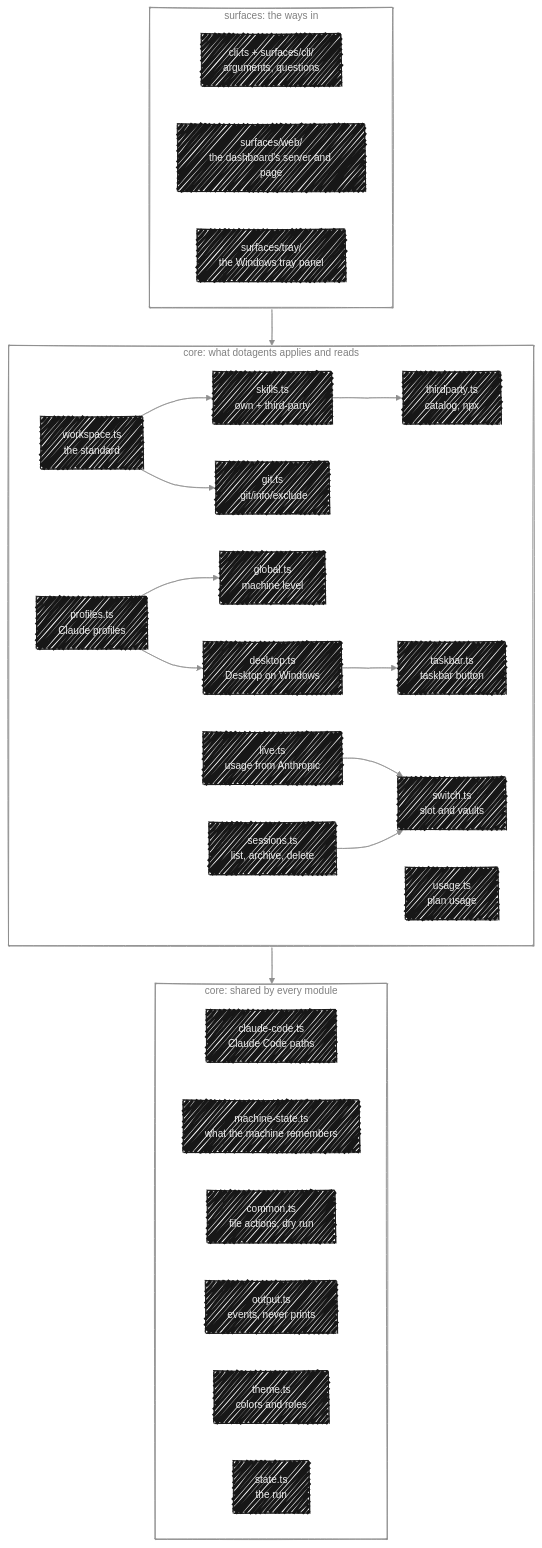
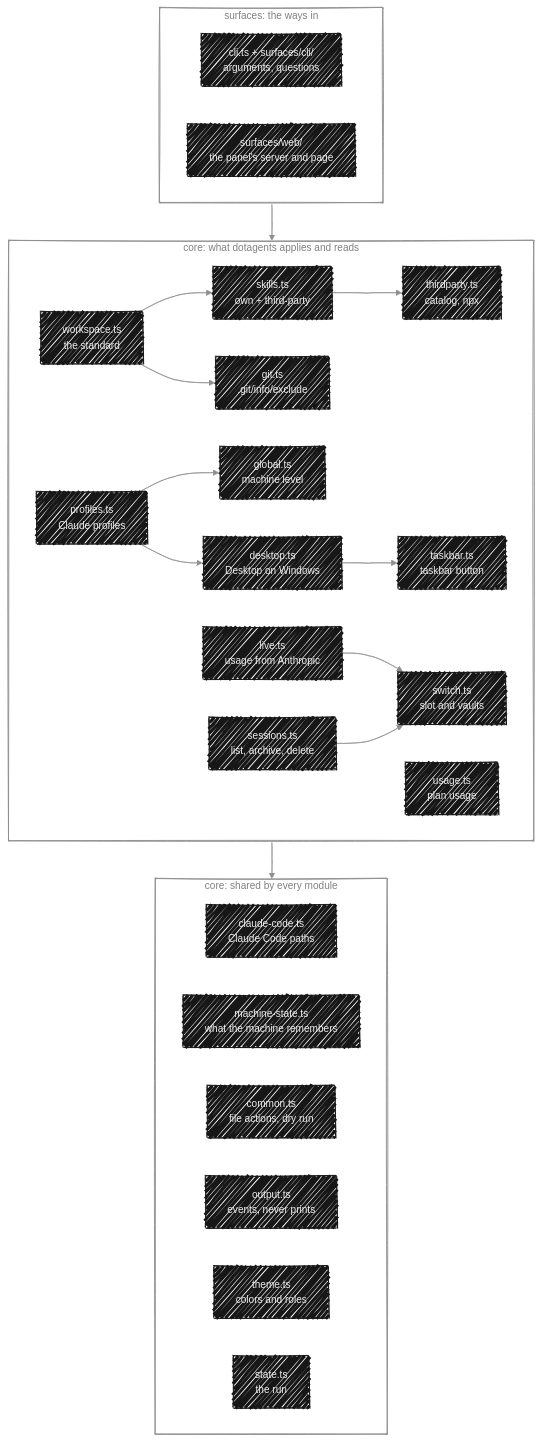
Before and after one commit to dotagents-org/dotagents-core: the diagram in docs/architecture.md, drawn with Mermaid. The commit also changed other lines of this file and 40 other files, not shown here.

Commit message:
♻️ refactor(panel)!: replace the windows tray panel with the panel in html that start serves

````diff
--- a/docs/architecture.md
+++ b/docs/architecture.md
@@ -37,33 +36,32 @@
 ```mermaid
 %%{init: {"look": "handDrawn", "handDrawnSeed": 3, "theme": "base", "themeVariables": {"fontFamily": "Geist Mono, ui-monospace, SFMono-Regular, Menlo, Consolas, monospace", "fontSize": "14px", "primaryColor": "#171717", "primaryTextColor": "#ededed", "primaryBorderColor": "#171717", "lineColor": "#8f8f8f", "textColor": "#171717", "edgeLabelBackground": "#ededed", "clusterBkg": "transparent", "clusterBorder": "#8f8f8f", "titleColor": "#808080"}}}%%
 flowchart TB
     subgraph surfaces["surfaces: the ways in"]
         direction LR
         cli["cli.ts + surfaces/cli/<br/>arguments, questions"]
-        web["surfaces/web/<br/>the dashboard's server and page"]
-        tray["surfaces/tray/<br/>the Windows tray panel"]
+        web["surfaces/web/<br/>the panel's server and page"]
     end
 
     subgraph features["core: what dotagents applies and reads"]
         direction LR
         workspace["workspace.ts<br/>the standard"] --> skills["skills.ts<br/>own + third-party"] --> thirdparty["thirdparty.ts<br/>catalog, npx"]
         workspace --> git["git.ts<br/>.git/info/exclude"]
         profiles["profiles.ts<br/>Claude profiles"] --> global["global.ts<br/>machine level"]
         profiles --> desktop["desktop.ts<br/>Desktop on Windows"] --> taskbar["taskbar.ts<br/>taskbar button"]
         usage["usage.ts<br/>plan usage"]
         live["live.ts<br/>usage from Anthropic"] --> switch["switch.ts<br/>slot and vaults"]
         sessions["sessions.ts<br/>list, archive, delete"] --> switch
     end
 
     subgraph shared["core: shared by every module"]
         direction LR
         paths["claude-code.ts<br/>Claude Code paths"]
         memory["machine-state.ts<br/>what the machine remembers"]
         common["common.ts<br/>file actions, dry run"]
         output["output.ts<br/>events, never prints"]
         theme["theme.ts<br/>colors and roles"]
         run["state.ts<br/>the run"]
     end
 
     surfaces --> features --> shared
 ```
````
